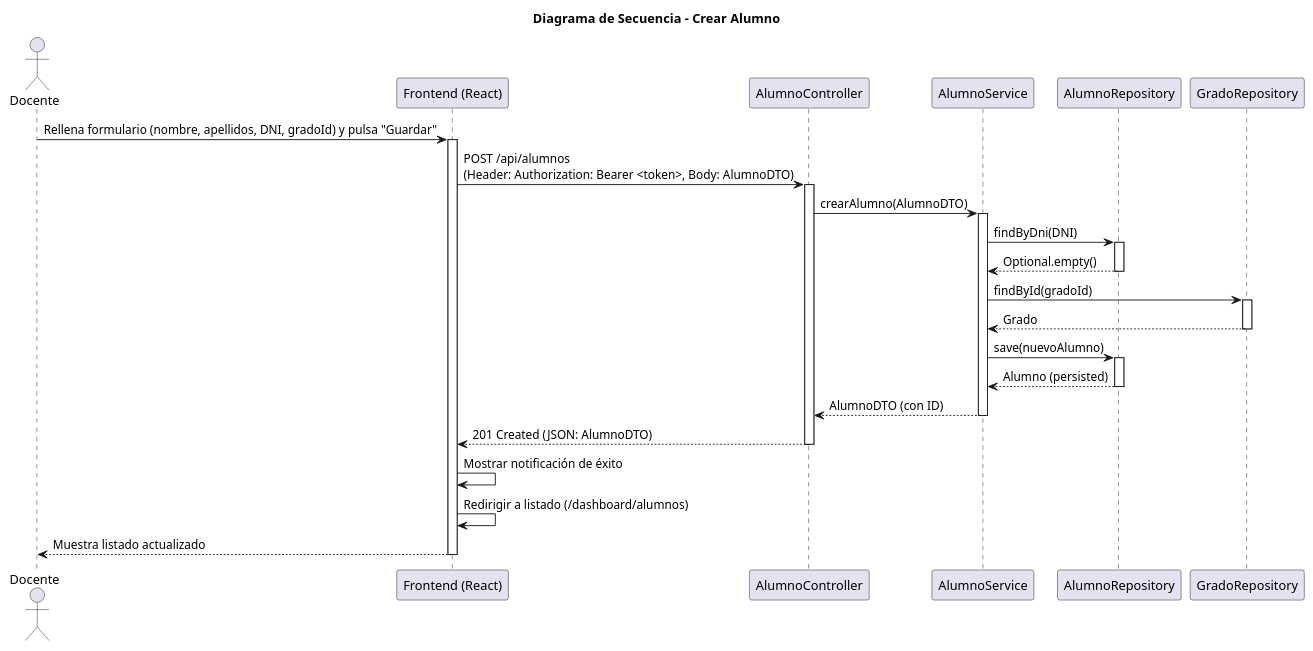
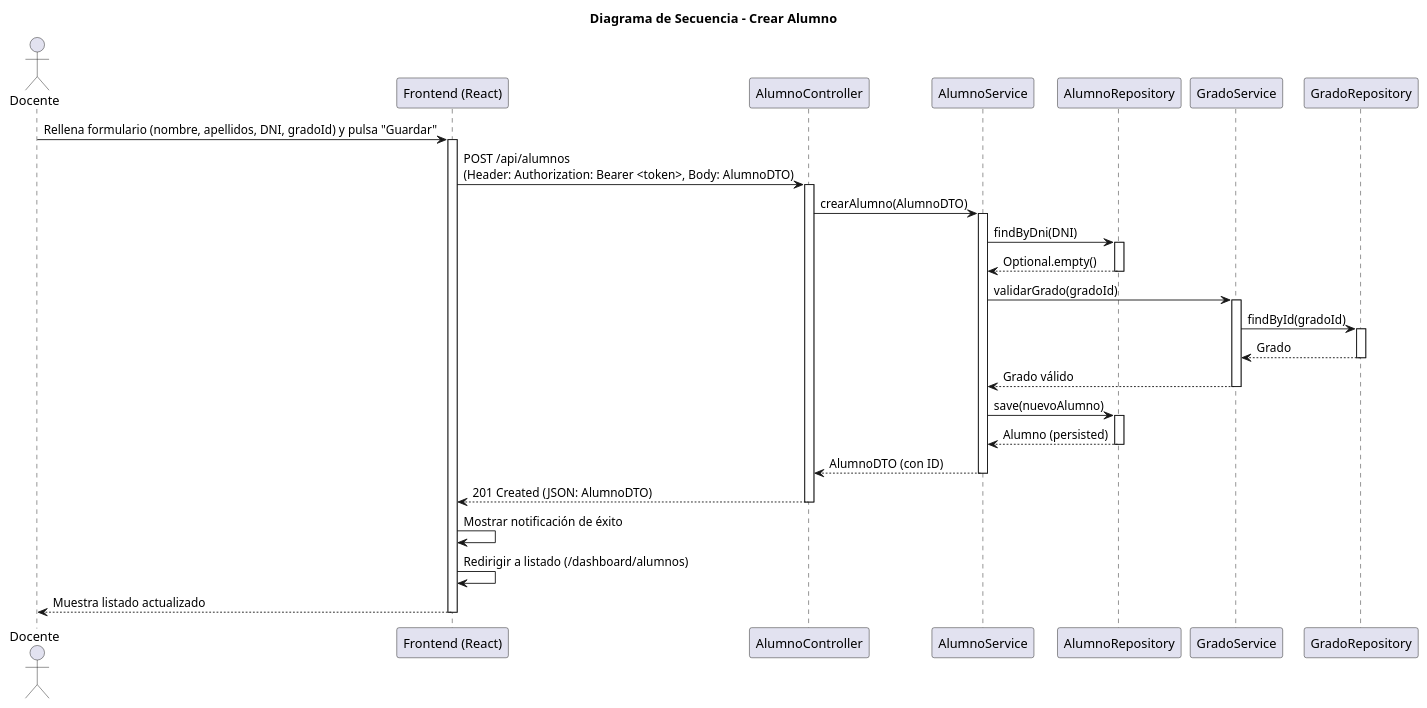
Before and after one commit to Pareyor/25-26-idsw2-sdVC: the diagram in modelosUML/diseño/crearAlumno/secuencia.puml, drawn with PlantUML. The commit also changed 8 other files, not shown here.

Commit message:
fix: corrige crearAlumno, editarAlumno y editarPregunta para añadir el estado intermedio de AsignaturaService para preguntas y GradoService para alumnos

```diff
--- a/modelosUML/diseño/crearAlumno/secuencia.puml
+++ b/modelosUML/diseño/crearAlumno/secuencia.puml
@@ -1,46 +1,51 @@
 @startuml
 title Diagrama de Secuencia - Crear Alumno
 
 actor "Docente" as Actor
 participant "Frontend (React)" as FE
 participant "AlumnoController" as Controller
 participant "AlumnoService" as Service
 participant "AlumnoRepository" as Repo
+participant "GradoService" as GradoService
 participant "GradoRepository" as GradoRepo
 
 Actor -> FE: Rellena formulario (nombre, apellidos, DNI, gradoId) y pulsa "Guardar"
 activate FE
 
 FE -> Controller: POST /api/alumnos\n(Header: Authorization: Bearer <token>, Body: AlumnoDTO)
 activate Controller
 
 Controller -> Service: crearAlumno(AlumnoDTO)
 activate Service
 
 Service -> Repo: findByDni(DNI)
 activate Repo
 Repo --> Service: Optional.empty()
 deactivate Repo
 
-Service -> GradoRepo: findById(gradoId)
+Service -> GradoService: validarGrado(gradoId)
+activate GradoService
+GradoService -> GradoRepo: findById(gradoId)
 activate GradoRepo
-GradoRepo --> Service: Grado
+GradoRepo --> GradoService: Grado
 deactivate GradoRepo
+GradoService --> Service: Grado válido
+deactivate GradoService
 
 Service -> Repo: save(nuevoAlumno)
 activate Repo
 Repo --> Service: Alumno (persisted)
 deactivate Repo
 
 Service --> Controller: AlumnoDTO (con ID)
 deactivate Service
 
 Controller --> FE: 201 Created (JSON: AlumnoDTO)
 deactivate Controller
 
 FE -> FE: Mostrar notificación de éxito
 FE -> FE: Redirigir a listado (/dashboard/alumnos)
 FE --> Actor: Muestra listado actualizado
 deactivate FE
 
 @enduml
```
